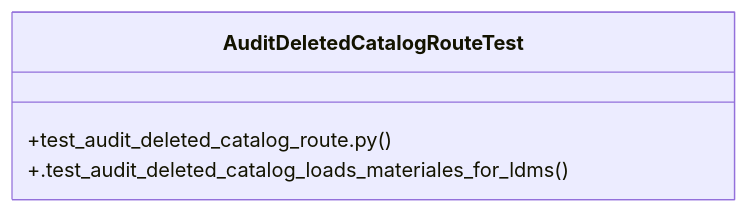
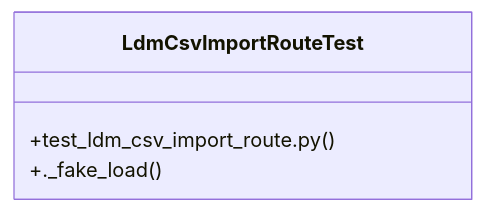
Before and after one commit to Daftrick/ProjectTracker: the diagram in graphify-out/wiki/Community_41.md, drawn with Mermaid. The commit also changed other lines of this file and 471 other files, not shown here.

````diff
--- a/graphify-out/wiki/Community_41.md
+++ b/graphify-out/wiki/Community_41.md
@@ -15,7 +14,7 @@
 ```mermaid
 classDiagram
-    class AuditDeletedCatalogRouteTest {
-        +test_audit_deleted_catalog_route.py()
-        +.test_audit_deleted_catalog_loads_materiales_for_ldms()
+    class LdmCsvImportRouteTest {
+        +test_ldm_csv_import_route.py()
+        +._fake_load()
     }
 ```
````
